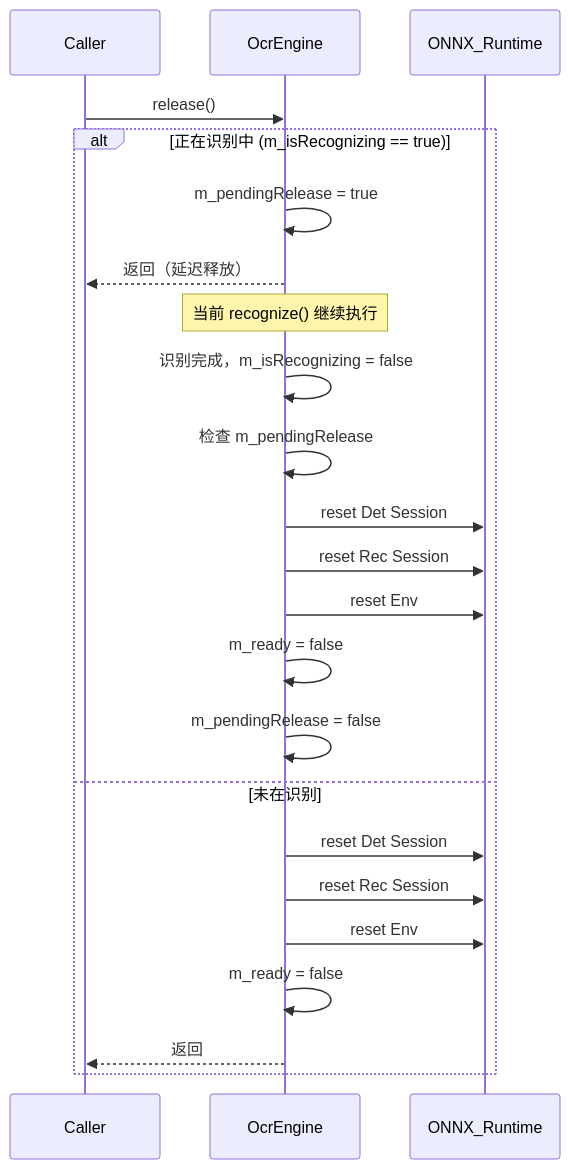
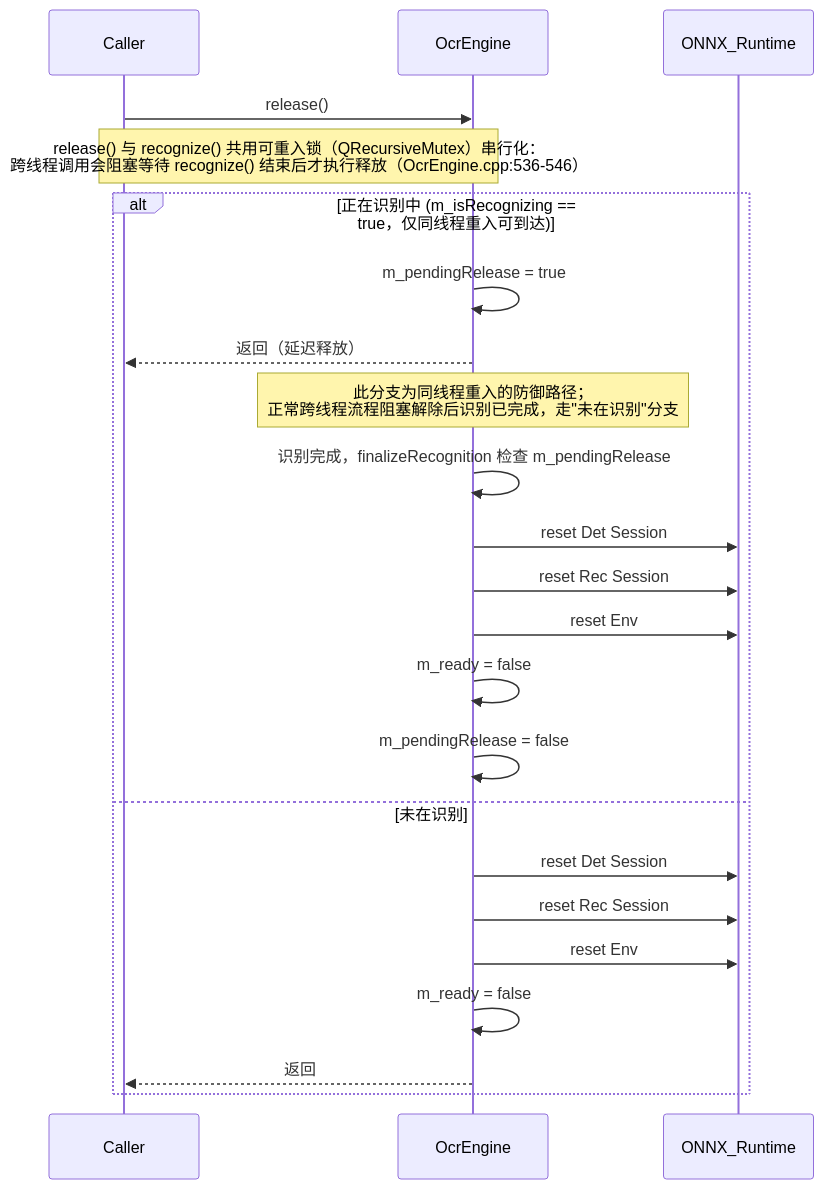
Before and after one commit to ChiangyangNPU/quick-shot: the tenth of 11 diagrams in docs/ocr.md, drawn with Mermaid. The commit also changed other lines of this file and 3 other files, not shown here.

````diff
--- a/docs/ocr.md
+++ b/docs/ocr.md
@@ -569,27 +615,26 @@
 ```mermaid
 sequenceDiagram
     participant Caller
     participant OcrEngine
     participant ONNX_Runtime
 
     Caller->>OcrEngine: release()
-    
-    alt 正在识别中 (m_isRecognizing == true)
+    Note over Caller,OcrEngine: release() 与 recognize() 共用可重入锁（QRecursiveMutex）串行化：<br/>跨线程调用会阻塞等待 recognize() 结束后才执行释放（OcrEngine.cpp:536-546）
+    alt 正在识别中 (m_isRecognizing == true，仅同线程重入可到达)
         OcrEngine->>OcrEngine: m_pendingRelease = true
         OcrEngine-->>Caller: 返回（延迟释放）
-        Note over OcrEngine: 当前 recognize() 继续执行
-        OcrEngine->>OcrEngine: 识别完成，m_isRecognizing = false
-        OcrEngine->>OcrEngine: 检查 m_pendingRelease
+        Note over OcrEngine: 此分支为同线程重入的防御路径；<br/>正常跨线程流程阻塞解除后识别已完成，走"未在识别"分支
+        OcrEngine->>OcrEngine: 识别完成，finalizeRecognition 检查 m_pendingRelease
         OcrEngine->>ONNX_Runtime: reset Det Session
         OcrEngine->>ONNX_Runtime: reset Rec Session
         OcrEngine->>ONNX_Runtime: reset Env
         OcrEngine->>OcrEngine: m_ready = false
         OcrEngine->>OcrEngine: m_pendingRelease = false
     else 未在识别
         OcrEngine->>ONNX_Runtime: reset Det Session
         OcrEngine->>ONNX_Runtime: reset Rec Session
         OcrEngine->>ONNX_Runtime: reset Env
         OcrEngine->>OcrEngine: m_ready = false
         OcrEngine-->>Caller: 返回
     end
 ```
````
